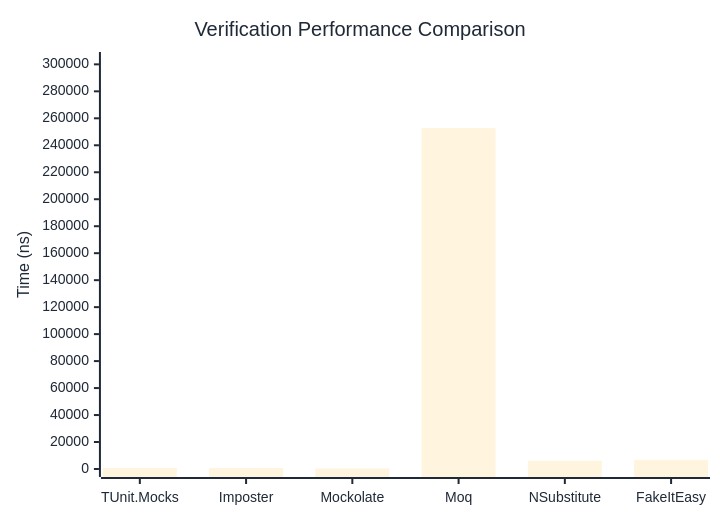
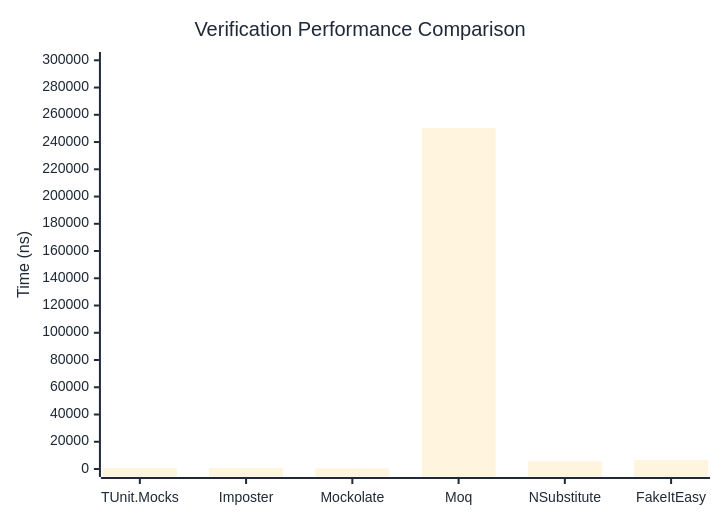
Before and after one commit to thomhurst/TUnit: the first of 3 diagrams in docs/docs/benchmarks/mocks/Verification.md, drawn with Mermaid. The commit also changed other lines of this file and 14 other files, not shown here.

````diff
--- a/docs/docs/benchmarks/mocks/Verification.md
+++ b/docs/docs/benchmarks/mocks/Verification.md
@@ -30,27 +30,27 @@
 ```mermaid
 %%{init: {
   'theme':'base',
   'themeVariables': {
     'primaryColor': '#2563eb',
     'primaryTextColor': '#1f2937',
     'primaryBorderColor': '#1e40af',
     'lineColor': '#6b7280',
     'secondaryColor': '#7c3aed',
     'tertiaryColor': '#dc2626',
     'background': '#ffffff',
     'pie1': '#2563eb',
     'pie2': '#7c3aed',
     'pie3': '#dc2626',
     'pie4': '#f59e0b',
     'pie5': '#10b981',
     'pie6': '#06b6d4',
     'pie7': '#ec4899',
     'pie8': '#6366f1'
   }
 }}%%
 xychart-beta
   title "Verification Performance Comparison"
   x-axis ["TUnit.Mocks", "Imposter", "Mockolate", "Moq", "NSubstitute", "FakeItEasy"]
-  y-axis "Time (ns)" 0 --> 303229
-  bar [788.12, 739.02, 432.7, 252690.26, 6171.27, 6787.33]
+  y-axis "Time (ns)" 0 --> 300221
+  bar [741.98, 656.17, 403.81, 250183.48, 5689.24, 6496.46]
 ```
````
